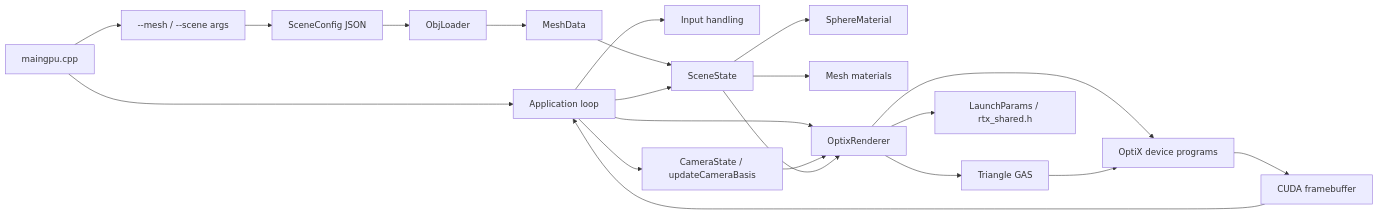
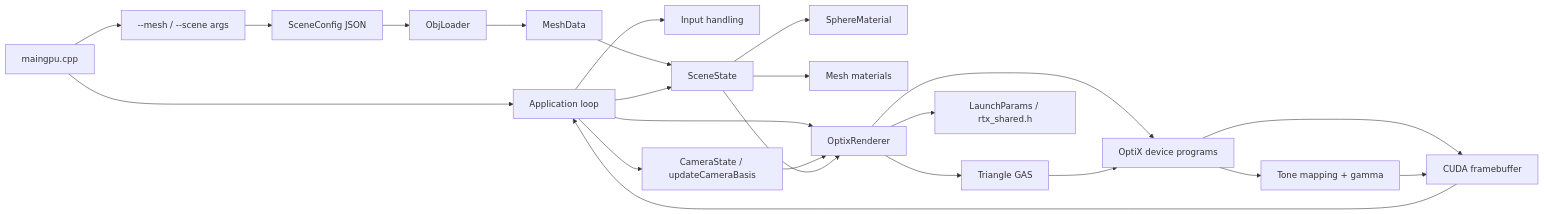
Before and after one commit to Tundraws/RayTracer: the first of 4 diagrams in RayTracerRTX/docs/architecture.md, drawn with Mermaid. The commit also changed other lines of this file and 7 other files, not shown here.

Commit message:
feat: add tone mapping and environment lighting

````diff
--- a/RayTracerRTX/docs/architecture.md
+++ b/RayTracerRTX/docs/architecture.md
@@ -9,23 +9,25 @@
 ```mermaid
 flowchart LR
     Main["maingpu.cpp"] --> App["Application loop"]
     Main --> Args["--mesh / --scene args"]
     Args --> SceneConfig["SceneConfig JSON"]
     App --> Input["Input handling"]
     App --> Camera["CameraState / updateCameraBasis"]
     SceneConfig --> ObjLoader
     ObjLoader["ObjLoader"] --> MeshData["MeshData"]
     MeshData --> Scene
     App --> Scene["SceneState"]
     Scene --> Materials["SphereMaterial"]
     Scene --> MeshMaterials["Mesh materials"]
     App --> Renderer["OptixRenderer"]
     Camera --> Renderer
     Scene --> Renderer
     Renderer --> TriangleGAS["Triangle GAS"]
     Renderer --> Shared["LaunchParams / rtx_shared.h"]
     Renderer --> Device["OptiX device programs"]
     TriangleGAS --> Device
     Device --> Framebuffer["CUDA framebuffer"]
+    Device --> Post["Tone mapping + gamma"]
+    Post --> Framebuffer
     Framebuffer --> App
 ```
````
